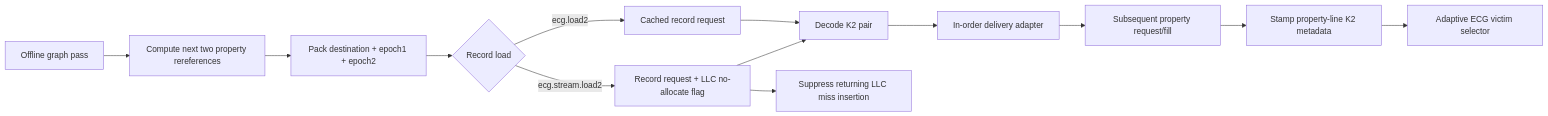
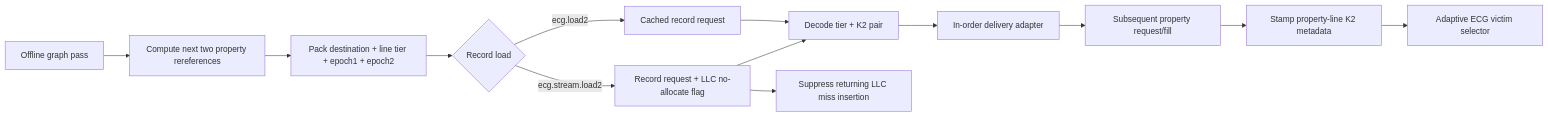
One commit to UVA-LavaLab/GraphBrew changed the first of 4 diagrams in wiki/ECG-HPCA-Paper.md. Above: the diagram before and after it, drawn with Mermaid. The commit also changed other lines of this file and 69 other files, not shown here.

````diff
--- a/wiki/ECG-HPCA-Paper.md
+++ b/wiki/ECG-HPCA-Paper.md
@@ -24,15 +24,15 @@
 ```mermaid
 flowchart LR
     A[Offline graph pass] --> B[Compute next two property rereferences]
-    B --> C[Pack destination + epoch1 + epoch2]
+    B --> C[Pack destination + line tier + epoch1 + epoch2]
     C --> D{Record load}
     D -->|ecg.load2| E[Cached record request]
     D -->|ecg.stream.load2| F[Record request + LLC no-allocate flag]
-    E --> G[Decode K2 pair]
+    E --> G[Decode tier + K2 pair]
     F --> G
     G --> H[In-order delivery adapter]
     H --> I[Subsequent property request/fill]
     I --> J[Stamp property-line K2 metadata]
     J --> K[Adaptive ECG victim selector]
     F --> L[Suppress returning LLC miss insertion]
 ```
````
